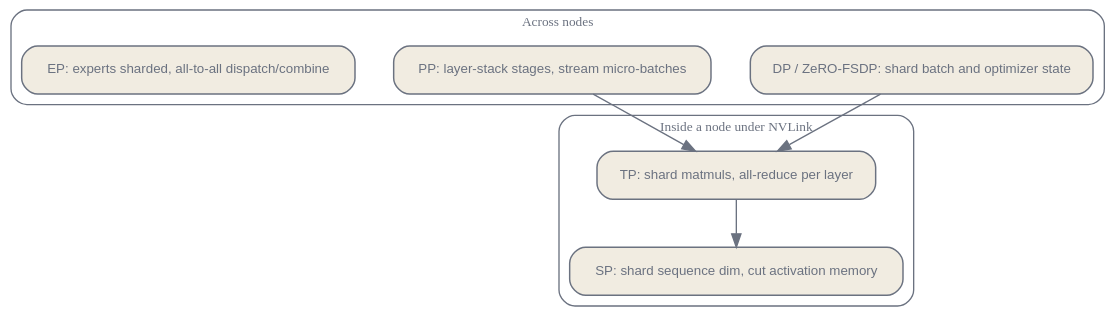
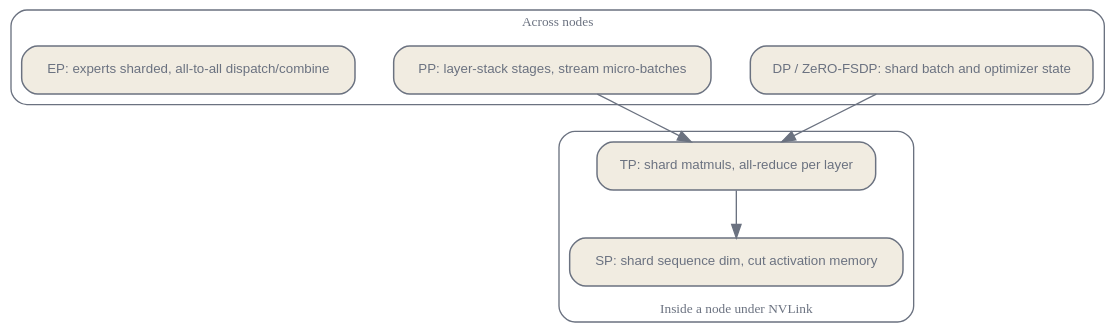
The fourth of 4 diagrams in en/foundations/06-training-at-scale.qmd (latere-ai/ai-as-an-infrastructure), drawn with Graphviz before and after one commit. The commit also changed 1 other file, not shown here.

Commit message:
training-at-scale: drop device-mesh inner-cluster title below incoming arrows

````diff
--- a/en/foundations/06-training-at-scale.qmd
+++ b/en/foundations/06-training-at-scale.qmd
@@ -331,25 +331,25 @@
 ```{dot}
 //| label: fig-training-mesh
 //| fig-cap: "The conventional device-mesh placement: communication-heavy TP and SP stay inside a node under NVLink, while the cheaper-to-hide DP, PP, and EP span nodes."
 digraph {
   bgcolor="transparent";
   rankdir=TB;
   nodesep=0.4; ranksep=0.5;
   node [shape=box, style="rounded,filled", fontname="Helvetica", fontsize=10, color="#6b7280", fontcolor="#6b7280", fillcolor="#f1ece1", penwidth=1.1];
   edge [fontsize=10, fontname="Helvetica", color="#6b7280", fontcolor="#6b7280"];
   subgraph cluster_across {
     label="Across nodes"; style=rounded; color="#6b7280"; fontcolor="#6b7280"; fontsize=10;
     DP [label="DP / ZeRO-FSDP: shard batch and optimizer state"];
     PP [label="PP: layer-stack stages, stream micro-batches"];
     EP [label="EP: experts sharded, all-to-all dispatch/combine"];
   }
   subgraph cluster_node {
-    label="Inside a node under NVLink"; style=rounded; color="#6b7280"; fontcolor="#6b7280"; fontsize=10;
+    label="Inside a node under NVLink"; labelloc="b"; style=rounded; color="#6b7280"; fontcolor="#6b7280"; fontsize=10;
     TP [label="TP: shard matmuls, all-reduce per layer"];
     SP [label="SP: shard sequence dim, cut activation memory"];
   }
   DP -> TP;
   PP -> TP;
   TP -> SP;
 }
 ```
````
